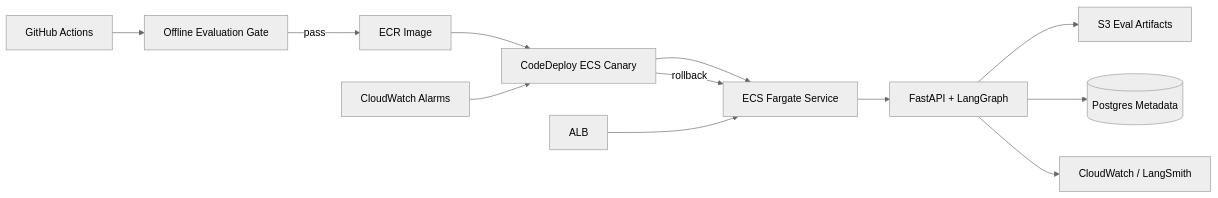
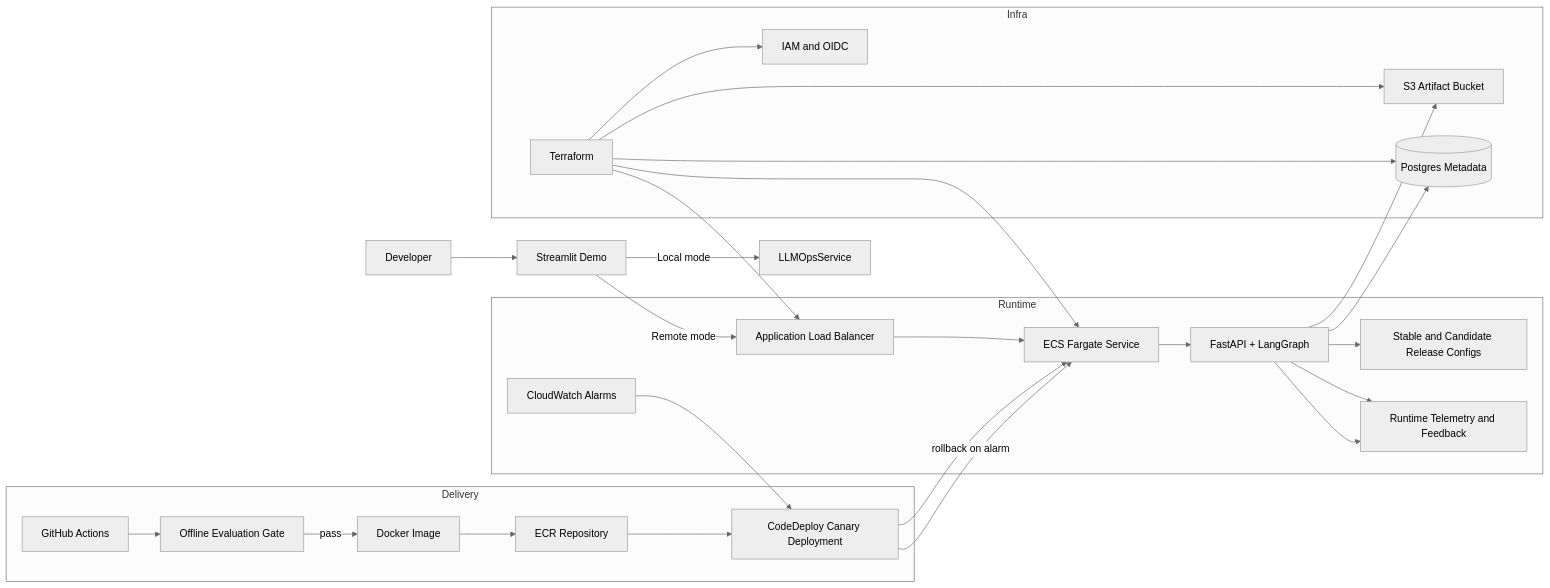
The diagram in README.md (Theepankumargandhi/Terraform-Based-LLMOps-Platform-for-Evaluation-Gated-Canary-Deployment), drawn with Mermaid (neutral theme) before and after one commit. The commit also changed other lines of this file and 3 other files, not shown here.

Commit message:
Add Streamlit demo and refresh README

````diff
--- a/README.md
+++ b/README.md
@@ -26,14 +26,41 @@
 ```mermaid
 flowchart LR
-    GH[GitHub Actions] --> Eval[Offline Evaluation Gate]
-    Eval -->|pass| ECR[ECR Image]
-    ECR --> CD[CodeDeploy ECS Canary]
-    CD --> ECS[ECS Fargate Service]
-    ECS --> APP[FastAPI + LangGraph]
-    APP --> S3[S3 Eval Artifacts]
-    APP --> RDS[(Postgres Metadata)]
-    APP --> OBS[CloudWatch / LangSmith]
-    ALB[ALB] --> ECS
-    CW[CloudWatch Alarms] --> CD
-    CD -->|rollback| ECS
+    DEV[Developer] --> ST[Streamlit Demo]
+    ST -->|Local mode| SVC[LLMOpsService]
+    ST -->|Remote mode| ALB[Application Load Balancer]
+
+    subgraph Delivery
+        GH[GitHub Actions]
+        EVAL[Offline Evaluation Gate]
+        IMG[Docker Image]
+        ECR[ECR Repository]
+        CD[CodeDeploy Canary Deployment]
+    end
+
+    subgraph Runtime
+        ALB --> ECS[ECS Fargate Service]
+        ECS --> API[FastAPI + LangGraph]
+        API --> REL[Stable and Candidate Release Configs]
+        API --> METRICS[Runtime Telemetry and Feedback]
+        CW[CloudWatch Alarms] --> CD
+    end
+
+    subgraph Infra
+        TF[Terraform]
+        S3[S3 Artifact Bucket]
+        RDS[(Postgres Metadata)]
+        IAM[IAM and OIDC]
+    end
+
+    GH --> EVAL
+    EVAL -->|pass| IMG --> ECR --> CD --> ECS
+    TF --> ALB
+    TF --> ECS
+    TF --> S3
+    TF --> RDS
+    TF --> IAM
+    API --> S3
+    API --> RDS
+    API --> METRICS
+    CD -->|rollback on alarm| ECS
 ```
````
